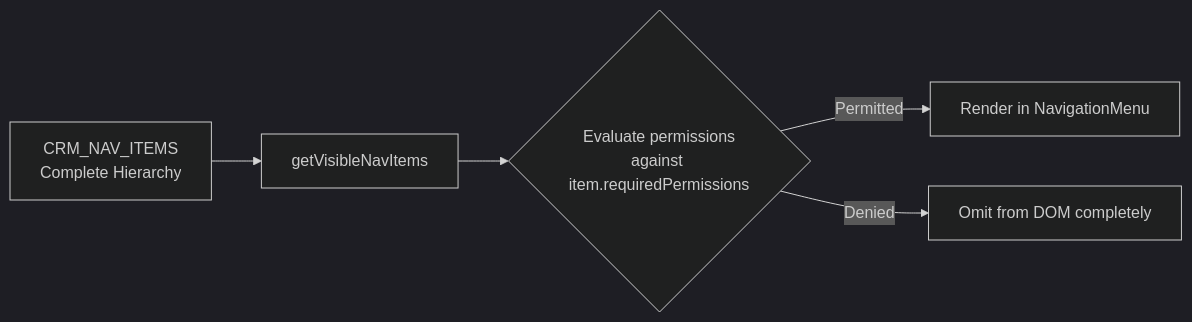
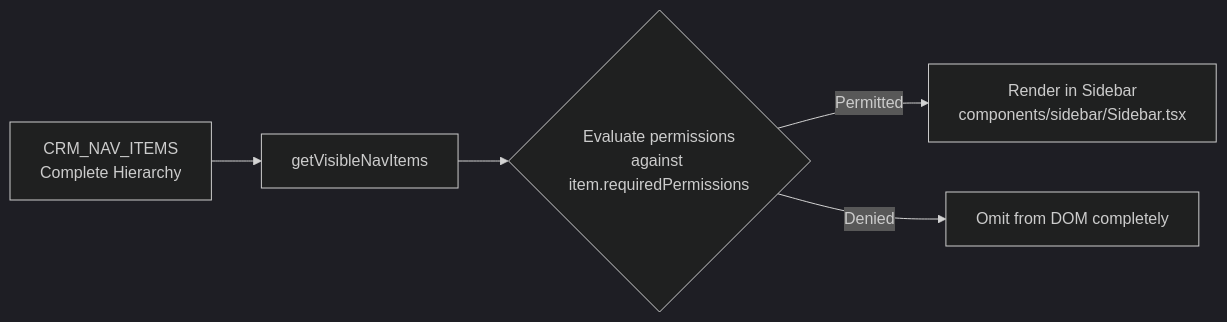
The second of 2 diagrams in docs/frontend-auth-and-navigation.md (Alkanni/vynor-crm-system), drawn with Mermaid (dark theme) before and after one commit. The commit also changed other lines of this file and 103 other files, not shown here.

````diff
--- a/docs/frontend-auth-and-navigation.md
+++ b/docs/frontend-auth-and-navigation.md
@@ -98,7 +98,7 @@
 ```mermaid
 flowchart LR
     Master[CRM_NAV_ITEMS<br/>Complete Hierarchy] --> Filter[getVisibleNavItems]
     Filter --> ActorContext{Evaluate permissions<br/>against item.requiredPermissions}
-    ActorContext -- Permitted --> NavMenu[Render in NavigationMenu]
+    ActorContext -- Permitted --> NavMenu[Render in Sidebar<br/>components/sidebar/Sidebar.tsx]
     ActorContext -- Denied --> Hidden[Omit from DOM completely]
 ```
````
